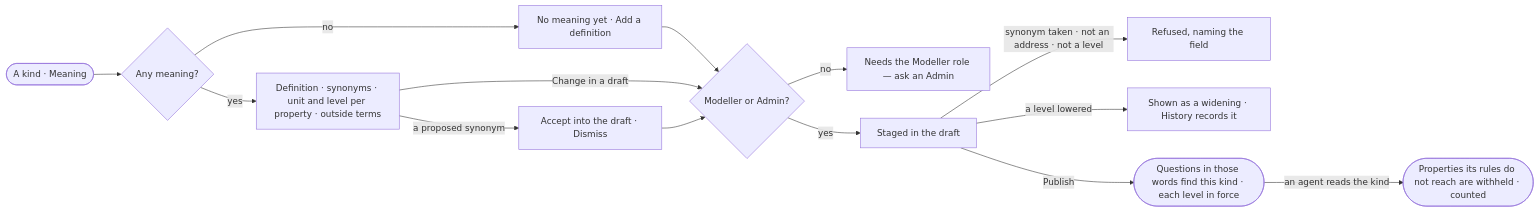
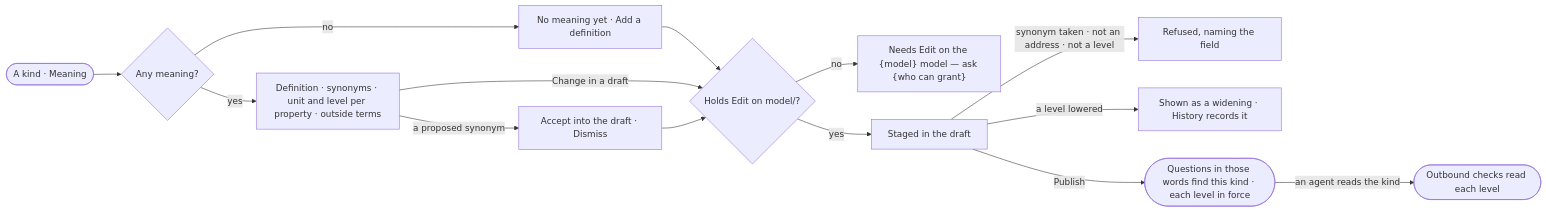
One commit to invana/invana changed the diagram in specs/capabilities/semantics/features/SE-F03-meaning/stories/SE-20-say-what-a-kind-means/story.md. Above: the diagram before and after it, drawn with Mermaid. The commit also changed other lines of this file and 456 other files, not shown here.

````diff
--- a/specs/capabilities/semantics/features/SE-F03-meaning/stories/SE-20-say-what-a-kind-means/story.md
+++ b/specs/capabilities/semantics/features/SE-F03-meaning/stories/SE-20-say-what-a-kind-means/story.md
@@ -29,15 +30,15 @@
 ```mermaid
 flowchart LR
   a([A kind · Meaning]) --> m{Any meaning?}
   m -->|no| e["No meaning yet · Add a definition"]
   m -->|yes| r["Definition · synonyms · unit and level per property · outside terms"]
-  r -->|Change in a draft| c{Modeller or Admin?}
+  r -->|Change in a draft| c{"Holds Edit on model/<model>?"}
   e --> c
-  c -->|no| na["Needs the Modeller role — ask an Admin"]
+  c -->|no| na["Needs Edit on the {model} model — ask {who can grant}"]
   c -->|yes| s["Staged in the draft"]
   s -->|synonym taken · not an address · not a level| x["Refused, naming the field"]
   s -->|a level lowered| w["Shown as a widening · History records it"]
   s -->|Publish| p(["Questions in those words find this kind · each level in force"])
   r -->|a proposed synonym| pr["Accept into the draft · Dismiss"] --> c
-  p -->|an agent reads the kind| rd(["Properties its rules do not reach are withheld · counted"])
+  p -->|an agent reads the kind| rd(["Outbound checks read each level"])
 ```
````
